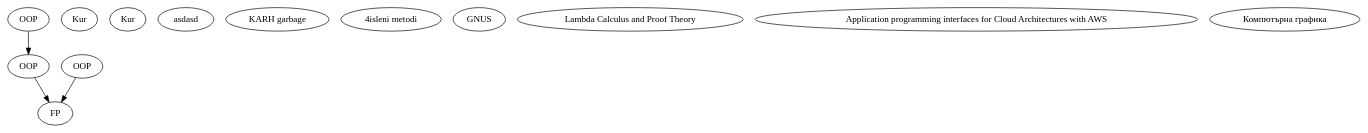
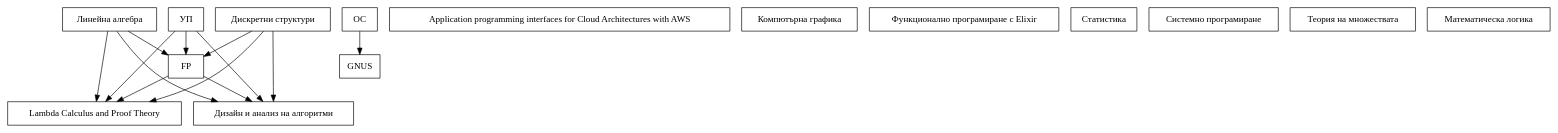
One commit to atanasormanow/uni-plan-editor changed the diagram in server/graph/graph.dot. Above: the diagram before and after it, drawn with Graphviz. The commit also changed 2 other files, not shown here.

Commit message:
clean: remove graph_example

```diff
--- a/server/graph/graph.dot
+++ b/server/graph/graph.dot
@@ -1,18 +1,29 @@
 digraph {
-11 [label="FP"]
-12 [label="OOP"]
-13 [label="OOP"]
-14 [label="OOP"]
-15 [label="Kur"]
-16 [label="Kur"]
-17 [label="asdasd"]
-18 [label="KARH garbage"]
-19 [label="4isleni metodi"]
-20 [label="GNUS"]
-21 [label="Lambda Calculus and Proof Theory"]
-22 [label="Application programming interfaces for Cloud Architectures with AWS"]
-23 [label="Компютърна графика"]
-12 -> 11
-13 -> 11
-14 -> 12
+11 [label="FP", shape="box"]
+20 [label="GNUS", shape="box"]
+21 [label="Lambda Calculus and Proof Theory", shape="box"]
+22 [label="Application programming interfaces for Cloud Architectures with AWS", shape="box"]
+23 [label="Компютърна графика", shape="box"]
+24 [label="Линейна алгебра", shape="box"]
+25 [label="Функционално програмиране с Elixir", shape="box"]
+26 [label="Статистика", shape="box"]
+29 [label="ОС", shape="box"]
+30 [label="УП", shape="box"]
+32 [label="Системно програмиране", shape="box"]
+33 [label="Теория на множествата", shape="box"]
+34 [label="Дискретни структури", shape="box"]
+35 [label="Математическа логика", shape="box"]
+37 [label="Дизайн и анализ на алгоритми", shape="box"]
+24 -> 11
+30 -> 11
+34 -> 11
+29 -> 20
+11 -> 21
+24 -> 21
+30 -> 21
+34 -> 21
+11 -> 37
+24 -> 37
+30 -> 37
+34 -> 37
 }
```
